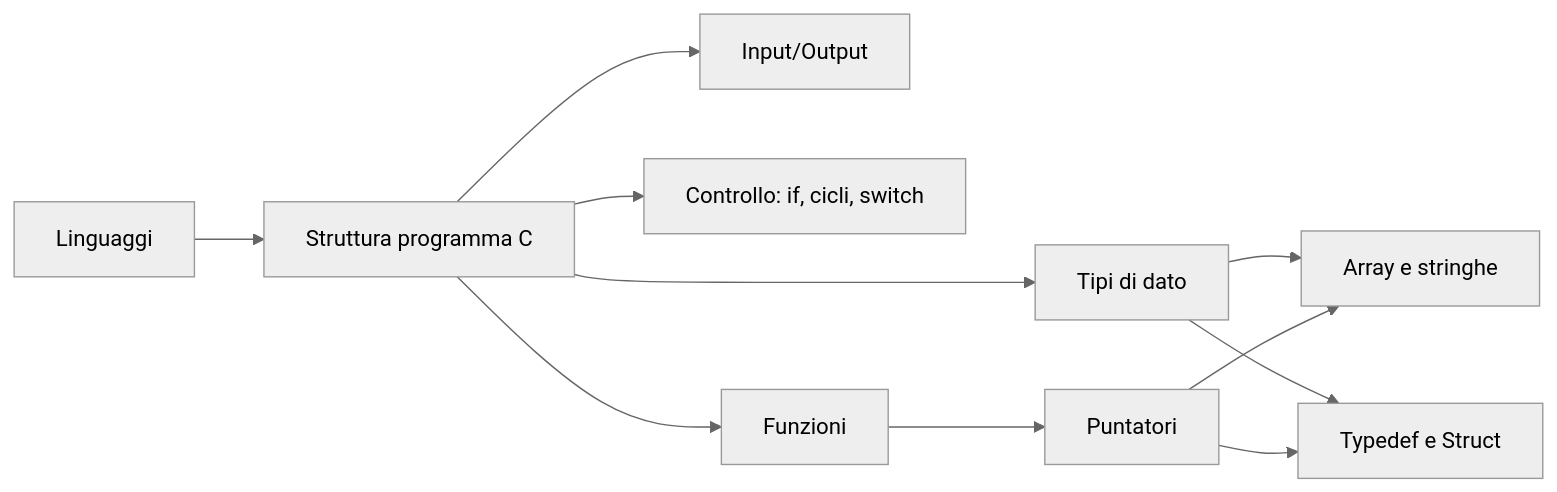
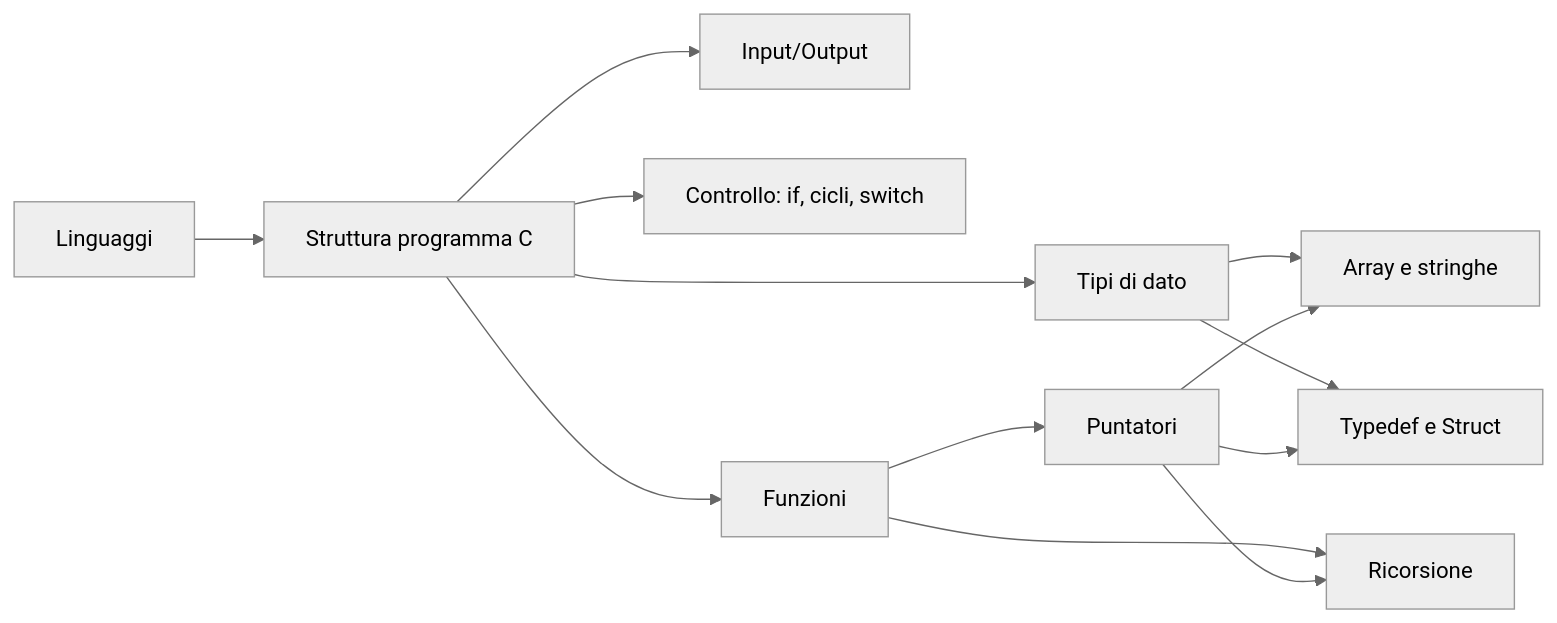
One commit to rikytomasoni-pixel/Studio changed the diagram in 2026-2027/30_Fondamenti_Informatica/00_MOC_FdI.md. Above: the diagram before and after it, drawn with Mermaid (neutral theme). The commit also changed other lines of this file and 4 other files, not shown here.

````diff
--- a/2026-2027/30_Fondamenti_Informatica/00_MOC_FdI.md
+++ b/2026-2027/30_Fondamenti_Informatica/00_MOC_FdI.md
@@ -60,13 +61,15 @@
 ```mermaid
 flowchart LR
     A[Linguaggi] --> B[Struttura programma C]
     B --> C[Input/Output]
     B --> D[Tipi di dato]
     D --> E[Array e stringhe]
     D --> F[Typedef e Struct]
     B --> G[Controllo: if, cicli, switch]
     B --> H[Funzioni]
+    H --> L[Ricorsione]
     H --> I[Puntatori]
+    I --> L
     I --> E
     I --> F
 ```
````
